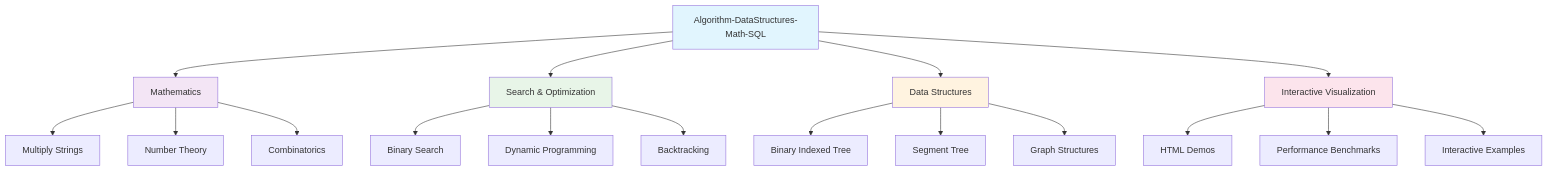
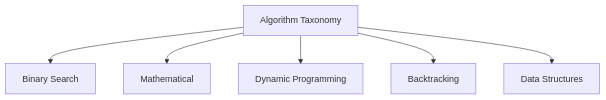
One commit to myoshi2891/Algorithm-DataStructures-Math-SQL changed the third of 5 diagrams in README.md. Above: the diagram before and after it, drawn with Mermaid. The commit also changed other lines of this file, not shown here.

````diff
--- a/README.md
+++ b/README.md
@@ -27,29 +75,8 @@
 ```mermaid
-graph TB
-    A[Algorithm-DataStructures-Math-SQL] --> B[Mathematics]
-    A --> C[Search & Optimization]
-    A --> D[Data Structures]
-    A --> E[Interactive Visualization]
-
-    B --> B1[Multiply Strings]
-    B --> B2[Number Theory]
-    B --> B3[Combinatorics]
-
-    C --> C1[Binary Search]
-    C --> C2[Dynamic Programming]
-    C --> C3[Backtracking]
-
-    D --> D1[Binary Indexed Tree]
-    D --> D2[Segment Tree]
-    D --> D3[Graph Structures]
-
-    E --> E1[HTML Demos]
-    E --> E2[Performance Benchmarks]
-    E --> E3[Interactive Examples]
-
-    style A fill:#e1f5fe
-    style B fill:#f3e5f5
-    style C fill:#e8f5e8
-    style D fill:#fff3e0
-    style E fill:#fce4ec
+graph TD
+    A[Algorithm Taxonomy] --> B1[Binary Search]
+    A --> B2[Mathematical]
+    A --> B3[Dynamic Programming]
+    A --> B4[Backtracking]
+    A --> B5[Data Structures]
 ```
````
